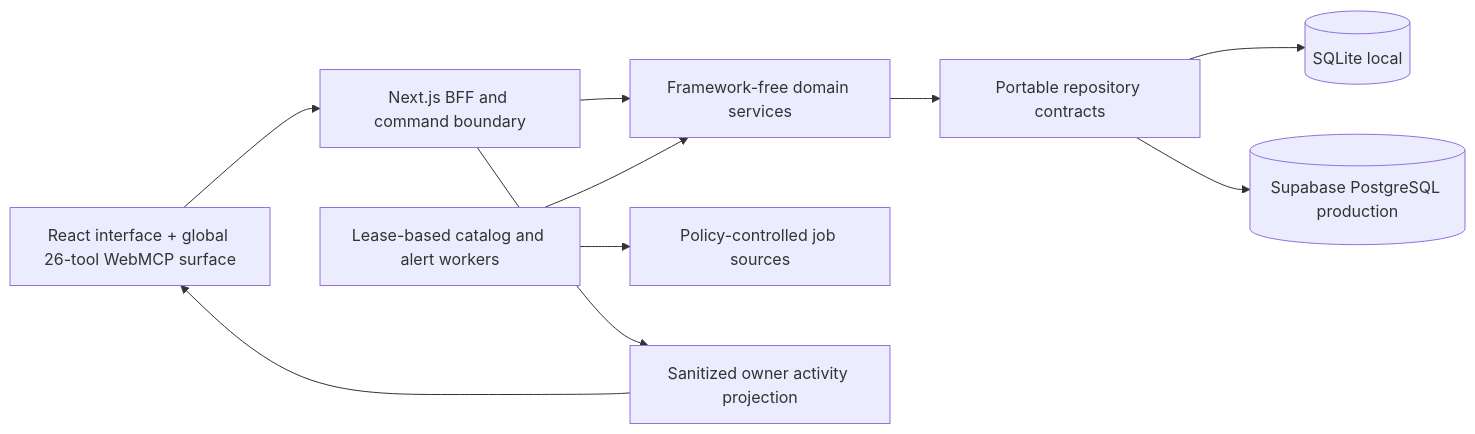
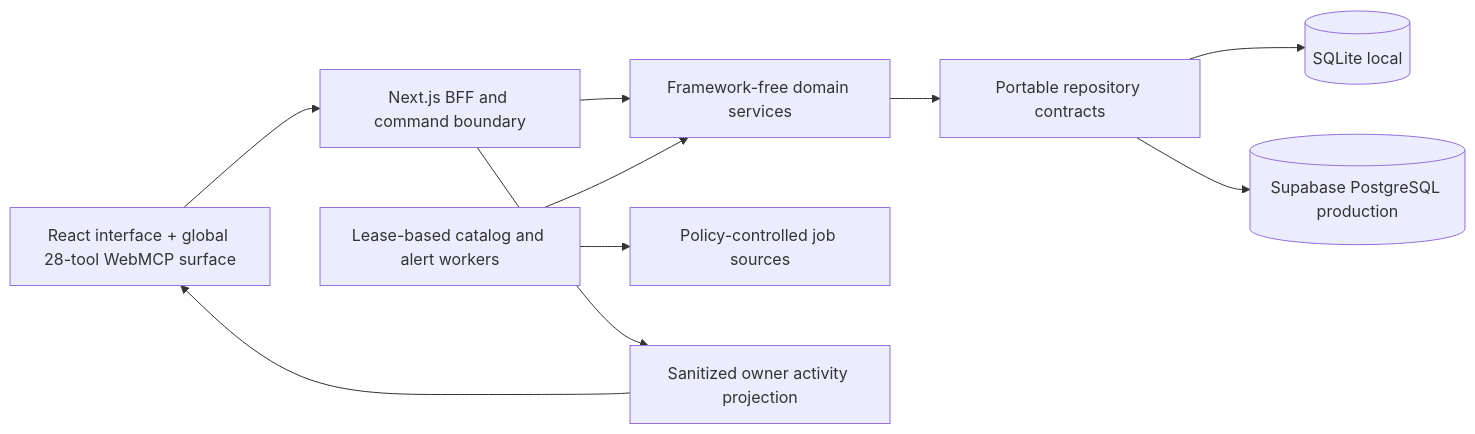
Before and after one commit to der-bear/jobbbler: the diagram in README.md, drawn with Mermaid. The commit also changed other lines of this file and 197 other files, not shown here.

````diff
--- a/README.md
+++ b/README.md
@@ -147,12 +154,12 @@
 ```mermaid
 flowchart LR
-  Browser[React interface + global 26-tool WebMCP surface] --> API[Next.js BFF and command boundary]
+  Browser[React interface + global 28-tool WebMCP surface] --> API[Next.js BFF and command boundary]
   API --> Domain[Framework-free domain services]
   Domain --> Storage[Portable repository contracts]
   Storage --> SQLite[(SQLite local)]
   Storage --> Postgres[(Supabase PostgreSQL production)]
   Worker[Lease-based catalog and alert workers] --> Domain
   Worker --> Sources[Policy-controlled job sources]
   API --> Activity[Sanitized owner activity projection]
   Activity --> Browser
 ```
````
